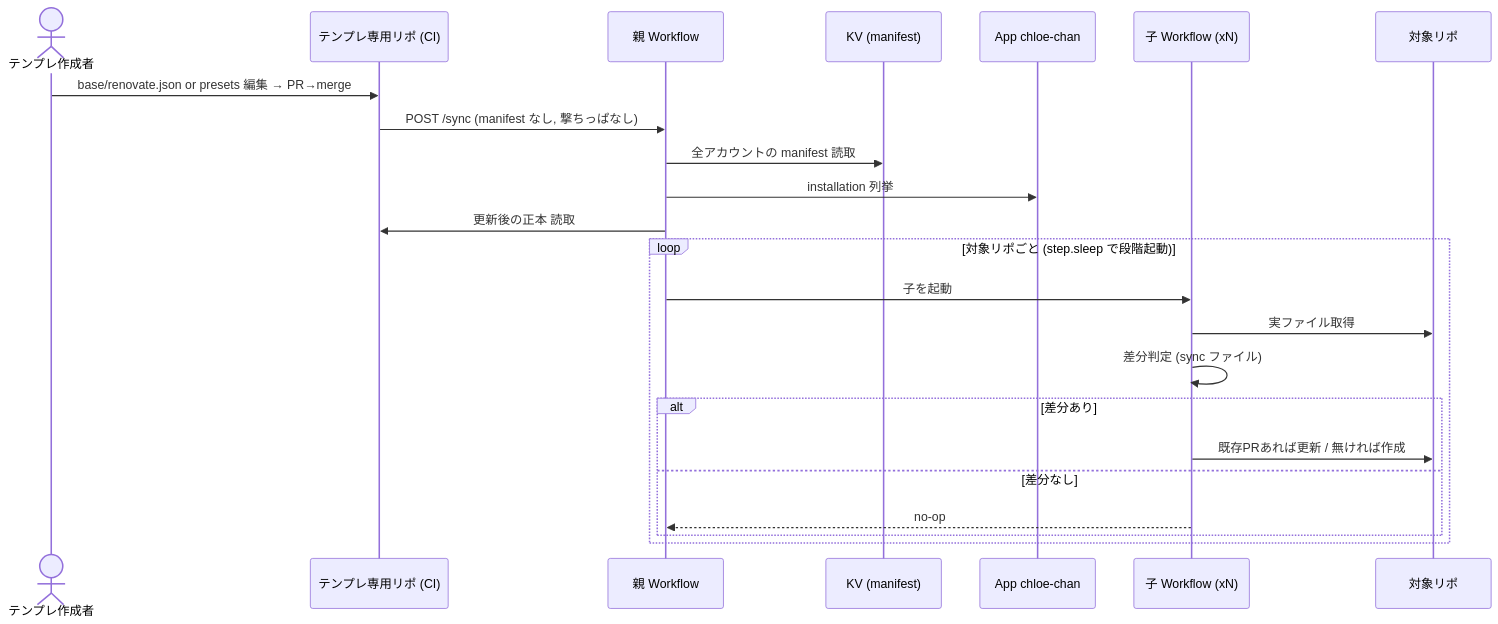
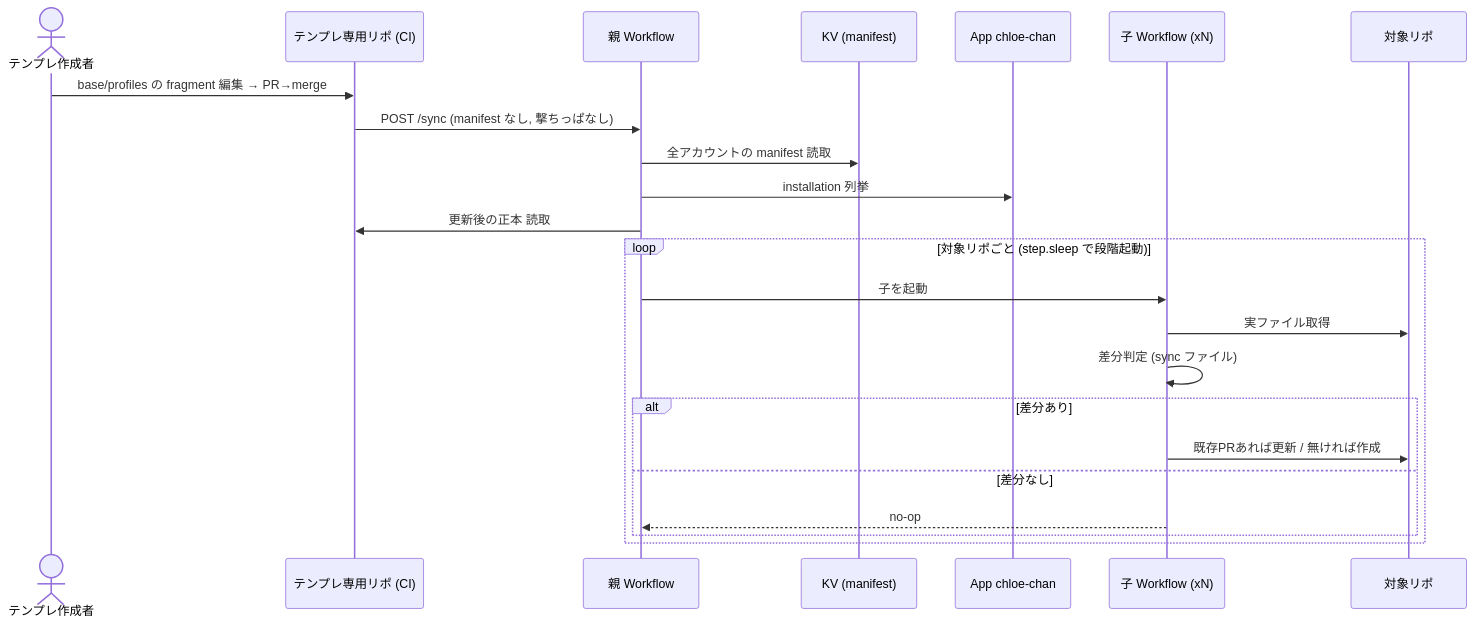
The fourth of 6 diagrams in docs/superpowers/specs/2026-06-26-repository-fanout-design.md (bright-room/repository-fanout), drawn with Mermaid before and after one commit. The commit also changed other lines of this file and 18 other files, not shown here.

First line of the commit message:
docs: fragment + sync-strategy model (renovate extends-only, managed blocks)

````diff
--- a/docs/superpowers/specs/2026-06-26-repository-fanout-design.md
+++ b/docs/superpowers/specs/2026-06-26-repository-fanout-design.md
@@ -475,26 +492,26 @@
 ```mermaid
 sequenceDiagram
   actor T as テンプレ作成者
   participant TR as テンプレ専用リポ (CI)
   participant P as 親 Workflow
   participant KV as KV (manifest)
   participant CHL as App chloe-chan
   participant C as 子 Workflow (xN)
   participant Repo as 対象リポ
 
-  T->>TR: base/renovate.json or presets 編集 → PR→merge
+  T->>TR: base/profiles の fragment 編集 → PR→merge
   TR->>P: POST /sync (manifest なし, 撃ちっぱなし)
   P->>KV: 全アカウントの manifest 読取
   P->>CHL: installation 列挙
   P->>TR: 更新後の正本 読取
   loop 対象リポごと (step.sleep で段階起動)
     P->>C: 子を起動
     C->>Repo: 実ファイル取得
     C->>C: 差分判定 (sync ファイル)
     alt 差分あり
       C->>Repo: 既存PRあれば更新 / 無ければ作成
     else 差分なし
       C-->>P: no-op
     end
   end
 ```
````
